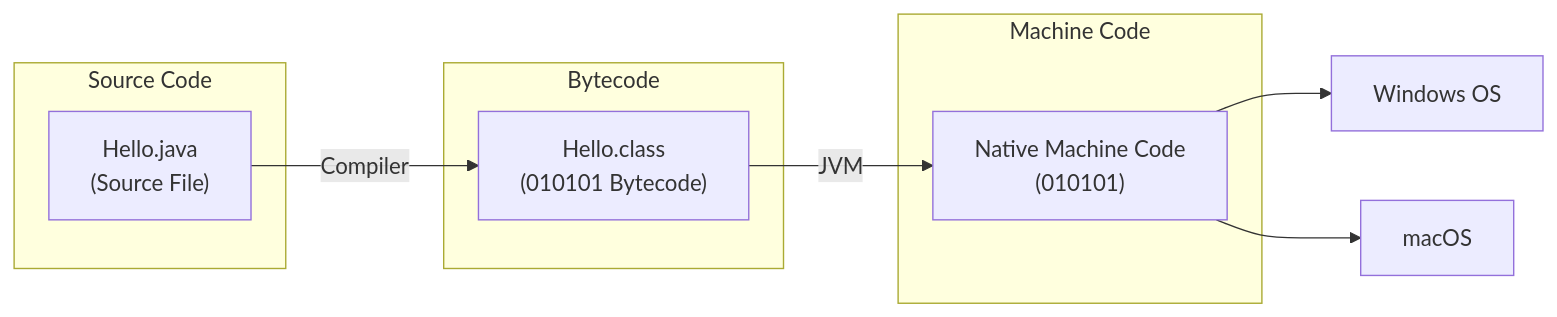
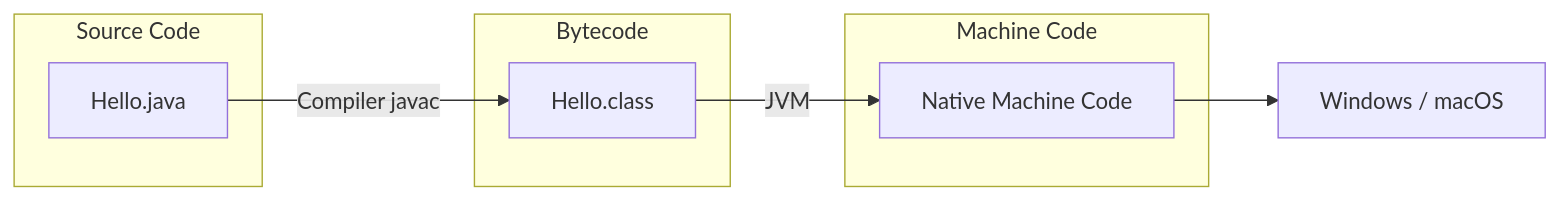
Before and after one commit to m20was/Analytics: the second of 3 diagrams in markdown/m20was/Java 25/01_introduction.md, drawn with Mermaid. The commit also changed other lines of this file and 4 other files, not shown here.

````diff
--- a/markdown/m20was/Java 25/01_introduction.md
+++ b/markdown/m20was/Java 25/01_introduction.md
@@ -25,19 +15,16 @@
 ```mermaid
 flowchart LR
     subgraph Source["Source Code"]
-        A["Hello.java\n(Source File)"]
+        A["Hello.java"]
+    end
+    subgraph BytecodeStage["Bytecode"]
+        B["Hello.class"]
+    end
+    subgraph MachineStage["Machine Code"]
+        C["Native Machine Code"]
     end
 
-    subgraph BytecodeStage["Bytecode"]
-        B["Hello.class\n(010101 Bytecode)"]
-    end
-
-    subgraph MachineStage["Machine Code"]
-        C["Native Machine Code\n(010101)"]
-    end
-
-    A -->|Compiler| B
+    A -->|Compiler javac| B
     B -->|JVM| C
-    C --> Windows["Windows OS"]
-    C --> MacOS["macOS"]
+    C --> OS["Windows / macOS"]
 ```
````
